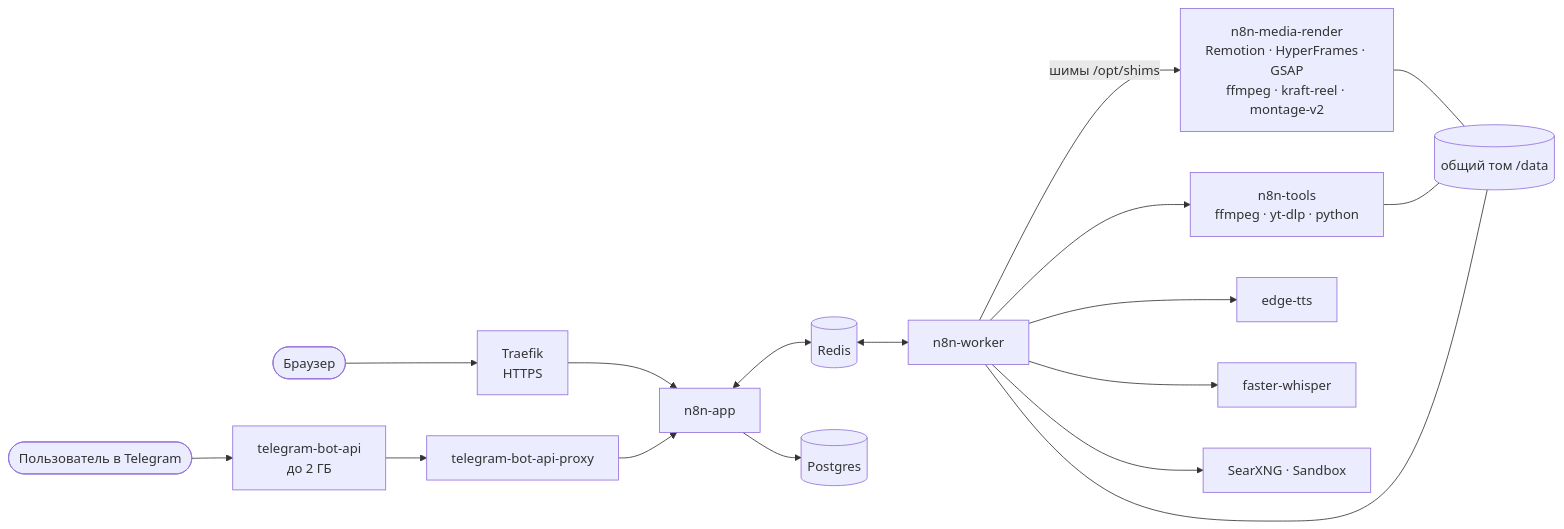
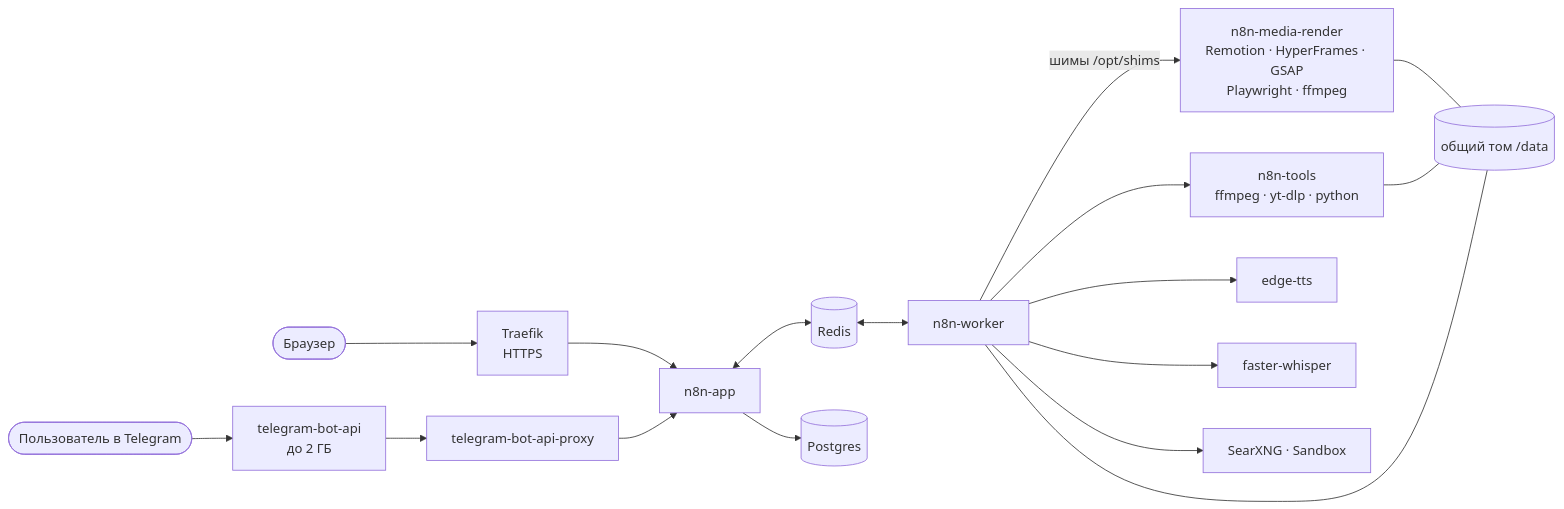
Before and after one commit to kalininlive/n8n-beget-install: the diagram in README.md, drawn with Mermaid. The commit also changed other lines of this file and 86 other files, not shown here.

First line of the commit message:
Drop kraft-reel/montage-v2 engines from installer, add Playwright

````diff
--- a/README.md
+++ b/README.md
@@ -116,14 +116,14 @@
 ```mermaid
 flowchart LR
   U([Пользователь в Telegram]) --> TBA[telegram-bot-api<br/>до 2 ГБ] --> P[telegram-bot-api-proxy]
   Web([Браузер]) --> T[Traefik<br/>HTTPS]
   T --> N[n8n-app]
   P --> N
   N <--> R[(Redis)] <--> W[n8n-worker]
   N --> PG[(Postgres)]
-  W -- шимы /opt/shims --> MR[n8n-media-render<br/>Remotion · HyperFrames · GSAP<br/>ffmpeg · kraft-reel · montage-v2]
+  W -- шимы /opt/shims --> MR[n8n-media-render<br/>Remotion · HyperFrames · GSAP<br/>Playwright · ffmpeg]
   W --> TL[n8n-tools<br/>ffmpeg · yt-dlp · python]
   W --> TTS[edge-tts] & WH[faster-whisper]
   W --> AI[SearXNG · Sandbox]
   MR & TL & W --- D[("общий том /data")]
 ```
````
